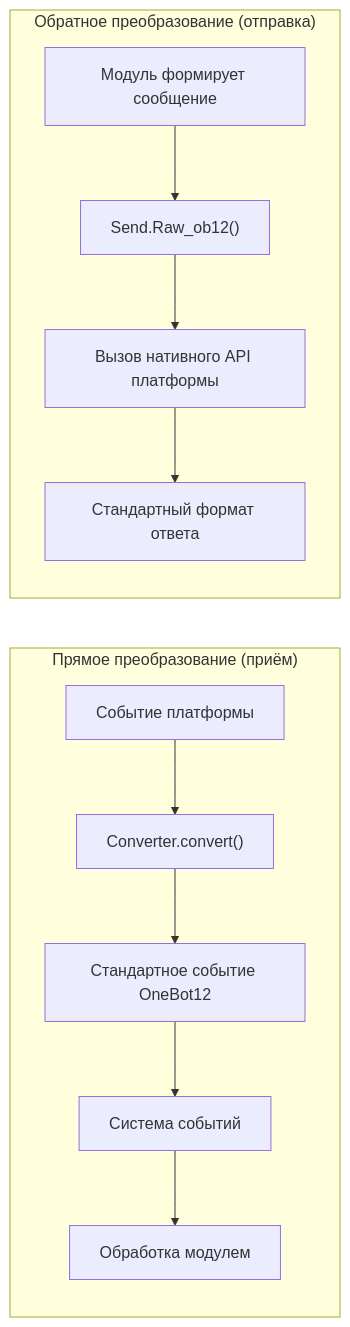
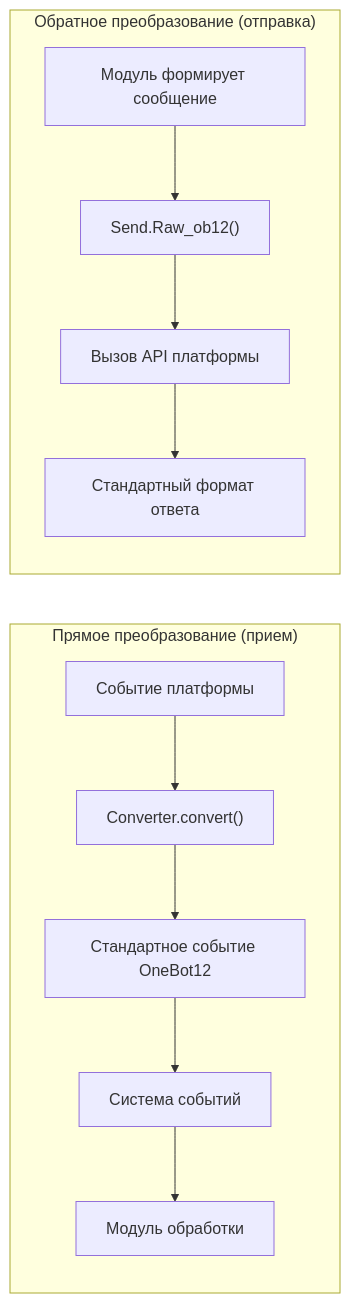
The diagram in docs/ru/developer-guide/adapters/getting-started.md (ErisPulse/ErisPulse), drawn with Mermaid before and after one commit. The commit also changed other lines of this file and 331 other files, not shown here.

````diff
--- a/docs/ru/developer-guide/adapters/getting-started.md
+++ b/docs/ru/developer-guide/adapters/getting-started.md
@@ -21,11 +21,11 @@
 ```mermaid
 flowchart LR
-    subgraph receive["Прямое преобразование (приём)"]
+    subgraph receive["Прямое преобразование (прием)"]
         direction TB
-        P1["Событие платформы"] --> C1["Converter.convert()"] --> O1["Стандартное событие OneBot12"] --> S1["Система событий"] --> M1["Обработка модулем"]
+        P1["Событие платформы"] --> C1["Converter.convert()"] --> O1["Стандартное событие OneBot12"] --> S1["Система событий"] --> M1["Модуль обработки"]
     end
     subgraph send["Обратное преобразование (отправка)"]
         direction TB
-        M2["Модуль формирует сообщение"] --> R1["Send.Raw_ob12()"] --> N1["Вызов нативного API платформы"] --> R2["Стандартный формат ответа"]
+        M2["Модуль формирует сообщение"] --> R1["Send.Raw_ob12()"] --> N1["Вызов API платформы"] --> R2["Стандартный формат ответа"]
     end
 ```
````
